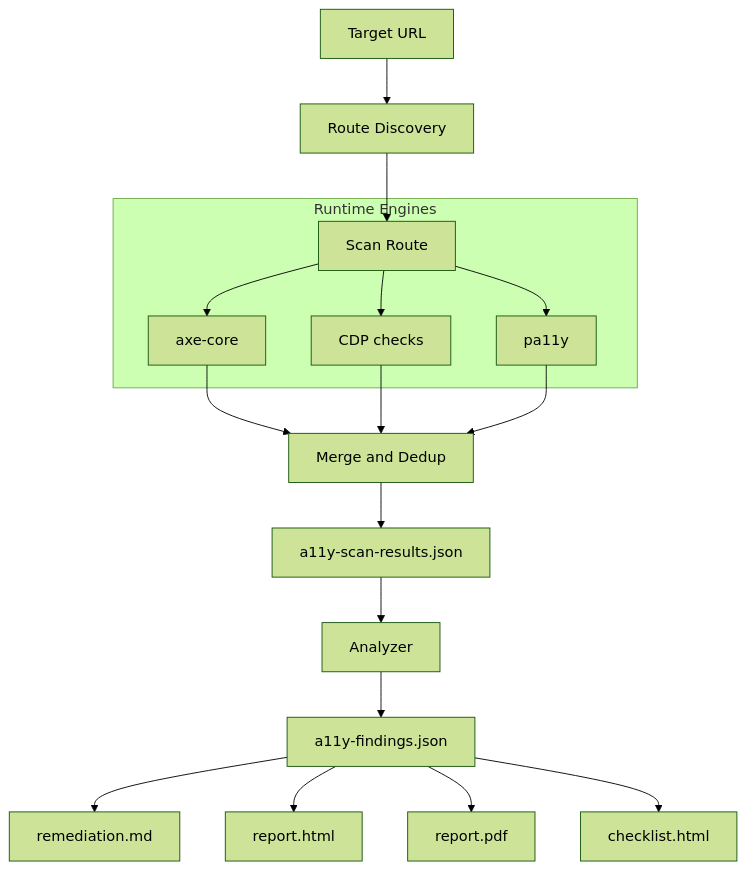
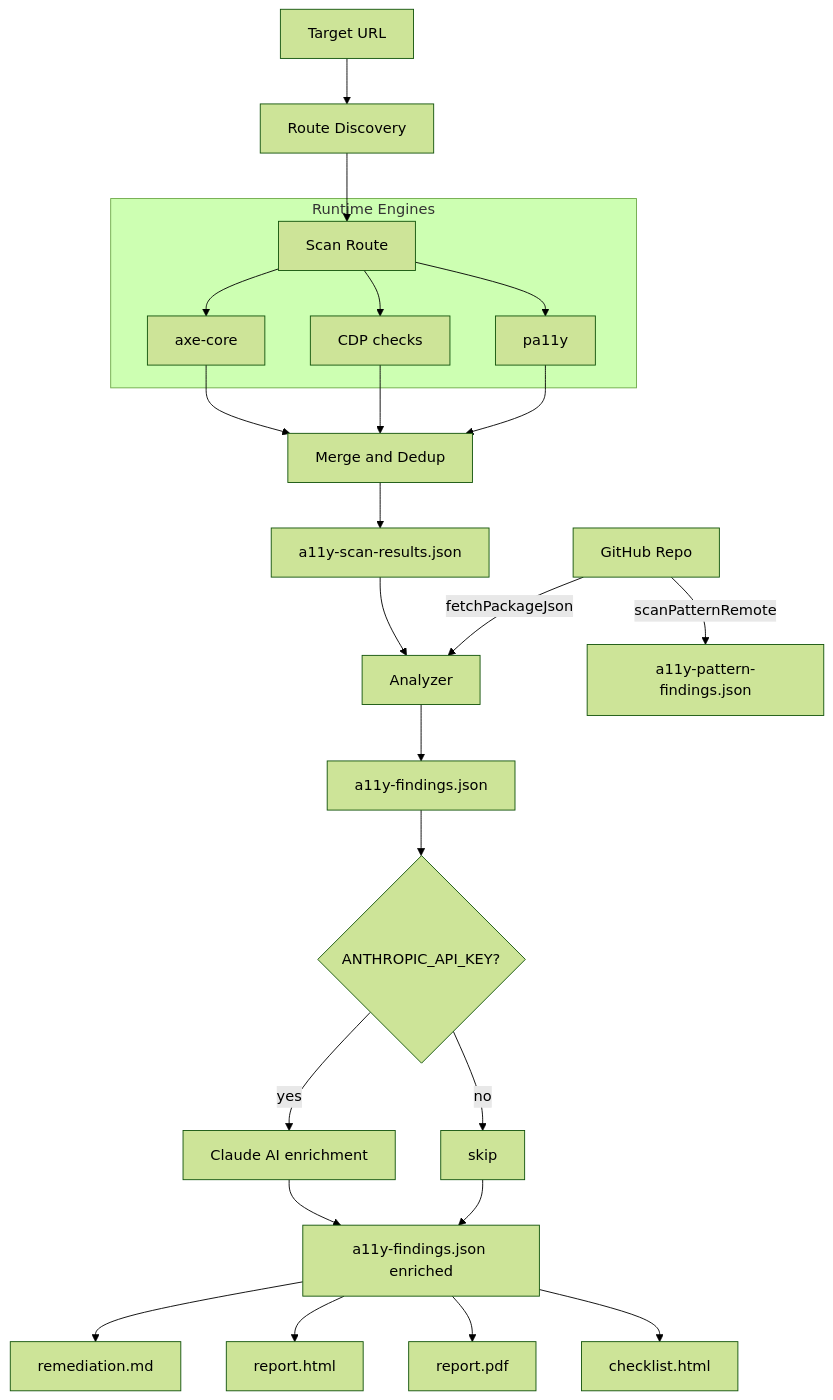
The first of 2 diagrams in docs/architecture.md (diegovelasquezweb/a11y-engine), drawn with Mermaid (forest theme) before and after one commit. The commit also changed other lines of this file and 7 other files, not shown here.

Commit message:
docs: update CHANGELOG, README, and all docs with AI enrichment, remote repo scanning, score formula, and new CLI flags

````diff
--- a/docs/architecture.md
+++ b/docs/architecture.md
@@ -19,24 +19,33 @@
 ```mermaid
 flowchart TD
     A[Target URL] --> B[Route Discovery]
     B --> C[Scan Route]
 
     subgraph Engines[Runtime Engines]
       C --> AXE[axe-core]
       C --> CDP[CDP checks]
       C --> P11Y[pa11y]
     end
 
     AXE --> M[Merge and Dedup]
     CDP --> M
     P11Y --> M
 
     M --> R[a11y-scan-results.json]
     R --> AN[Analyzer]
+
+    REPO[GitHub Repo] -->|fetchPackageJson| AN
+    REPO -->|scanPatternRemote| PAT[a11y-pattern-findings.json]
+
     AN --> F[a11y-findings.json]
+    F --> AI{ANTHROPIC_API_KEY?}
+    AI -->|yes| CL[Claude AI enrichment]
+    AI -->|no| SKIP[skip]
+    CL --> F2[a11y-findings.json enriched]
+    SKIP --> F2
 
-    F --> MD[remediation.md]
-    F --> HTML[report.html]
-    F --> PDF[report.pdf]
-    F --> CHK[checklist.html]
+    F2 --> MD[remediation.md]
+    F2 --> HTML[report.html]
+    F2 --> PDF[report.pdf]
+    F2 --> CHK[checklist.html]
 ```
````
